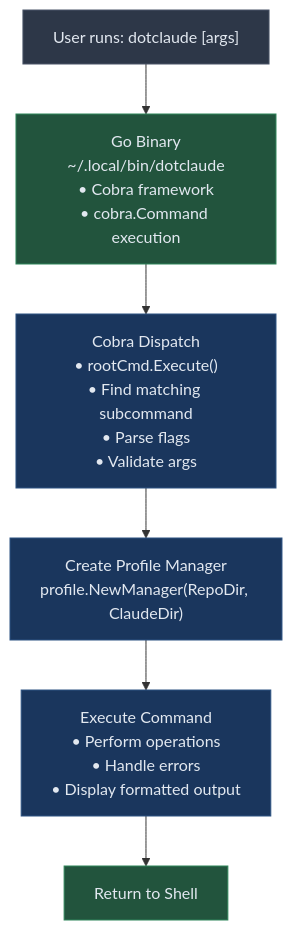
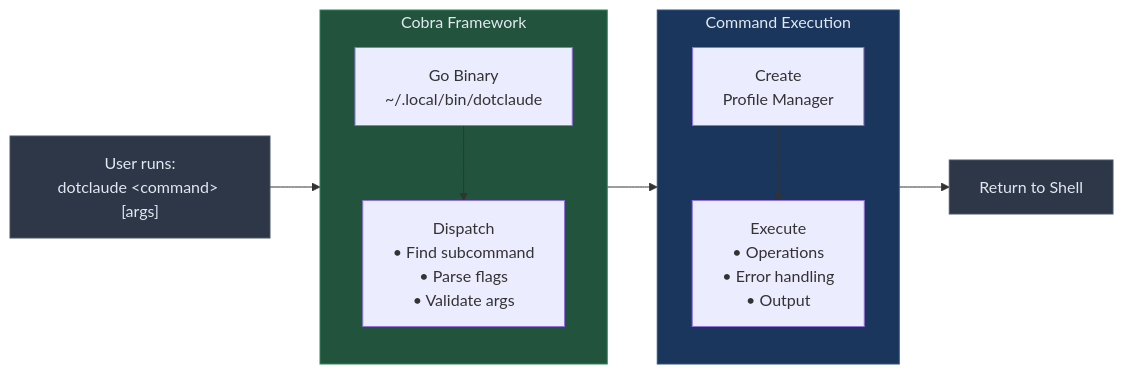
The third of 5 diagrams in docs/ARCHITECTURE.md (blackwell-systems/dotclaude), drawn with Mermaid before and after one commit. The commit also changed other lines of this file, not shown here.

First line of the commit message:
docs: Improve architecture diagram layouts

````diff
--- a/docs/ARCHITECTURE.md
+++ b/docs/ARCHITECTURE.md
@@ -146,23 +169,29 @@
 ```mermaid
-flowchart TD
-    start["User runs: dotclaude <command> [args]"]
+flowchart LR
+    start["User runs:<br/>dotclaude &lt;command&gt; [args]"]
 
-    binary["Go Binary<br/>~/.local/bin/dotclaude<br/>• Cobra framework<br/>• cobra.Command execution"]
+    subgraph cobra_layer["Cobra Framework"]
+        binary["Go Binary<br/>~/.local/bin/dotclaude"]
+        dispatch["Dispatch<br/>• Find subcommand<br/>• Parse flags<br/>• Validate args"]
 
-    cobra["Cobra Dispatch<br/>• rootCmd.Execute()<br/>• Find matching subcommand<br/>• Parse flags<br/>• Validate args"]
+        binary --> dispatch
+    end
 
-    manager["Create Profile Manager<br/>profile.NewManager(RepoDir, ClaudeDir)"]
+    subgraph execution["Command Execution"]
+        manager["Create<br/>Profile Manager"]
+        execute["Execute<br/>• Operations<br/>• Error handling<br/>• Output"]
 
-    execute["Execute Command<br/>• Perform operations<br/>• Handle errors<br/>• Display formatted output"]
+        manager --> execute
+    end
 
     done["Return to Shell"]
 
-    start --> binary --> cobra --> manager --> execute --> done
+    start --> cobra_layer
+    cobra_layer --> execution
+    execution --> done
 
     style start fill:#2d3748,stroke:#4a5568,color:#e2e8f0
-    style binary fill:#22543d,stroke:#2f855a,color:#e2e8f0
-    style cobra fill:#1a365d,stroke:#2c5282,color:#e2e8f0
-    style manager fill:#1a365d,stroke:#2c5282,color:#e2e8f0
-    style execute fill:#1a365d,stroke:#2c5282,color:#e2e8f0
-    style done fill:#22543d,stroke:#2f855a,color:#e2e8f0
+    style cobra_layer fill:#22543d,stroke:#2f855a,color:#e2e8f0
+    style execution fill:#1a365d,stroke:#2c5282,color:#e2e8f0
+    style done fill:#2d3748,stroke:#4a5568,color:#e2e8f0
 ```
````
